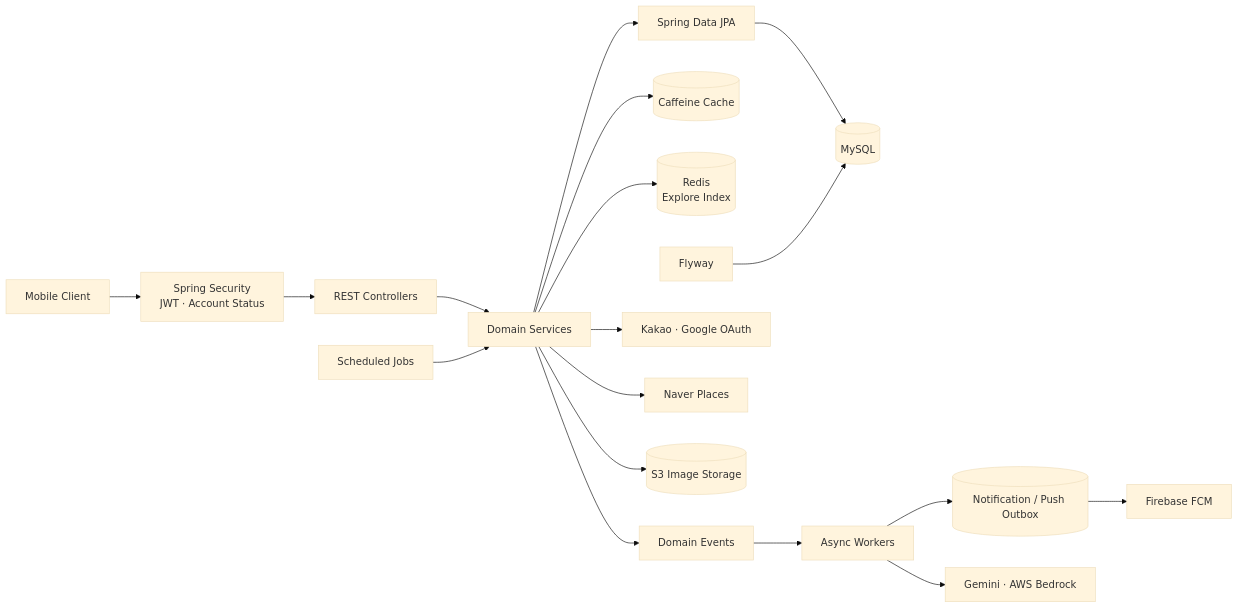
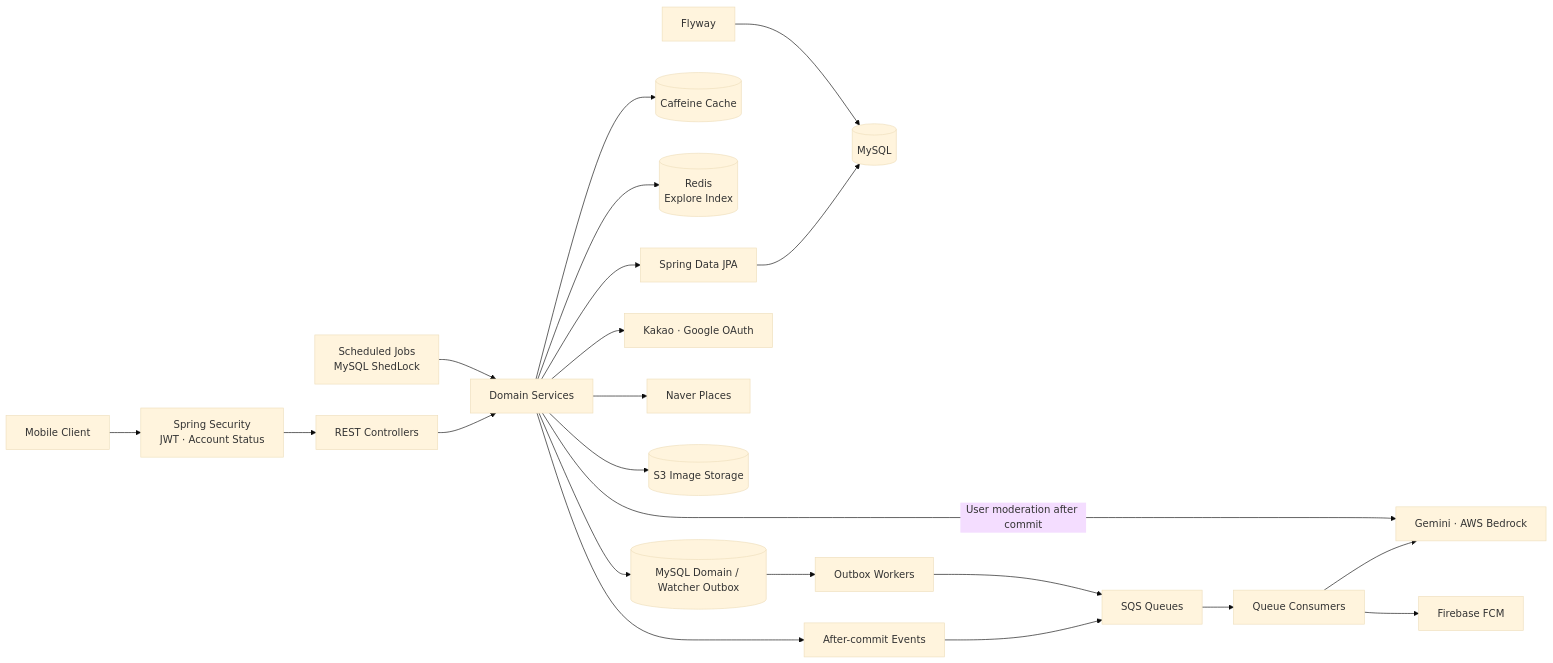
Before and after one commit to RuleUp-ASM/Backend: the first of 3 diagrams in README.md, drawn with Mermaid (base theme). The commit also changed other lines of this file and 15 other files, not shown here.

````diff
--- a/README.md
+++ b/README.md
@@ -62,23 +64,27 @@
 ```mermaid
 flowchart LR
     App[Mobile Client] --> Security[Spring Security<br/>JWT · Account Status]
     Security --> API[REST Controllers]
     API --> Domain[Domain Services]
     Domain --> JPA[Spring Data JPA]
     JPA --> DB[(MySQL)]
 
     Domain --> Cache[(Caffeine Cache)]
     Domain --> Redis[(Redis<br/>Explore Index)]
-    Domain --> Event[Domain Events]
-    Event --> Async[Async Workers]
-    Async --> Outbox[(Notification / Push Outbox)]
+    Domain --> Outbox[(MySQL Domain / Watcher Outbox)]
+    Outbox --> Worker[Outbox Workers]
+    Domain --> Event[After-commit Events]
+    Event --> Queue[SQS Queues]
+    Worker --> Queue
+    Queue --> Async[Queue Consumers]
 
     Domain --> OAuth[Kakao · Google OAuth]
     Async --> AI[Gemini · AWS Bedrock]
+    Domain -->|User moderation after commit| AI
     Domain --> Places[Naver Places]
-    Outbox --> FCM[Firebase FCM]
+    Async --> FCM[Firebase FCM]
     Domain --> S3[(S3 Image Storage)]
 
     Flyway[Flyway] --> DB
-    Scheduler[Scheduled Jobs] --> Domain
+    Scheduler[Scheduled Jobs<br/>MySQL ShedLock] --> Domain
 ```
````
